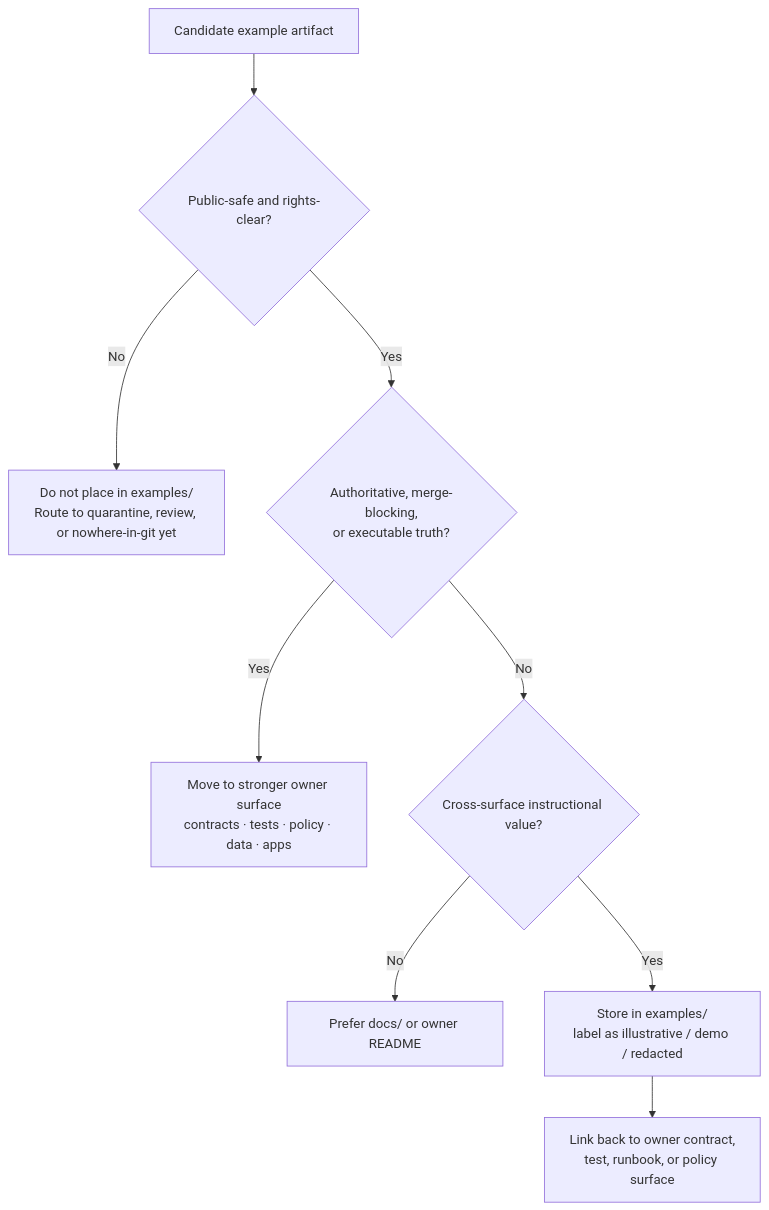
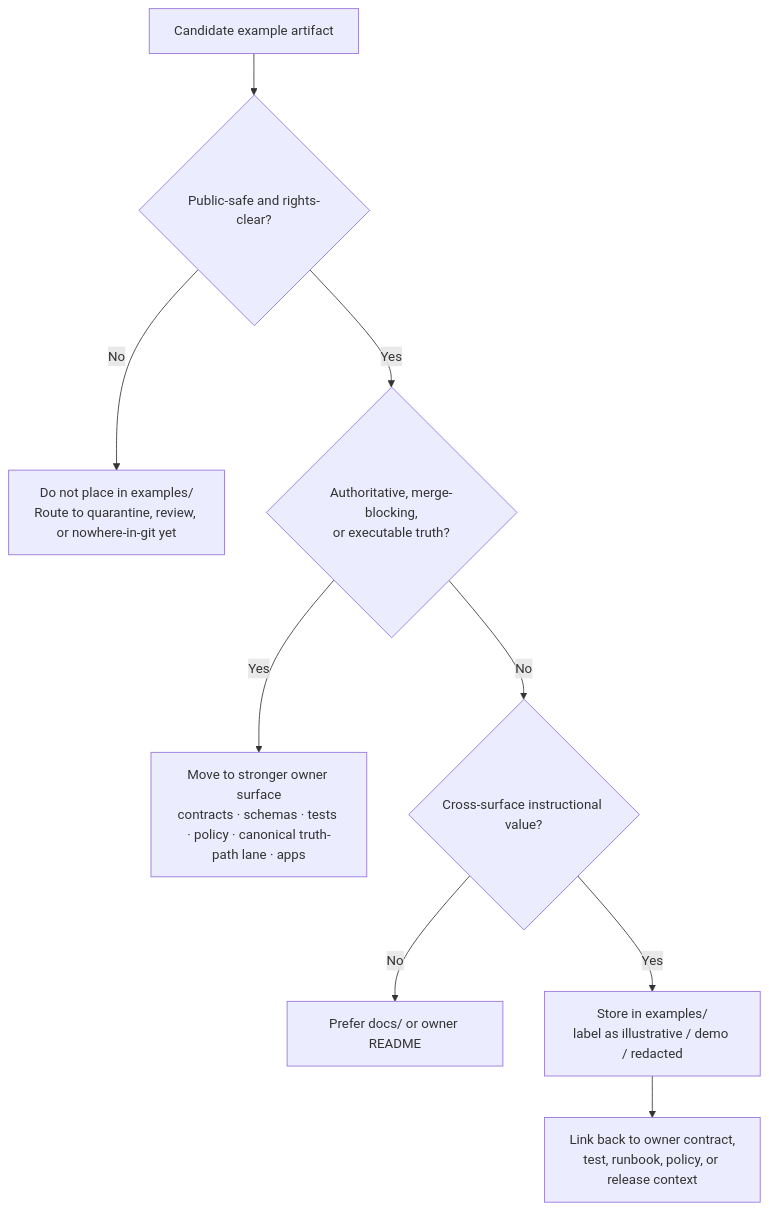
Before and after one commit to bartytime4life/Kansas-Frontier-Matrix: the diagram in examples/README.md, drawn with Mermaid. The commit also changed other lines of this file, not shown here.

````diff
--- a/examples/README.md
+++ b/examples/README.md
@@ -274,11 +297,11 @@
 ```mermaid
 flowchart TD
     A[Candidate example artifact] --> B{Public-safe and rights-clear?}
     B -- No --> X[Do not place in examples/<br/>Route to quarantine, review, or nowhere-in-git yet]
     B -- Yes --> C{Authoritative, merge-blocking,<br/>or executable truth?}
-    C -- Yes --> D[Move to stronger owner surface<br/>contracts · tests · policy · data · apps]
+    C -- Yes --> D[Move to stronger owner surface<br/>contracts · schemas · tests · policy · canonical truth-path lane · apps]
     C -- No --> E{Cross-surface instructional value?}
     E -- No --> F[Prefer docs/ or owner README]
     E -- Yes --> G[Store in examples/<br/>label as illustrative / demo / redacted]
-    G --> H[Link back to owner contract,<br/>test, runbook, or policy surface]
+    G --> H[Link back to owner contract,<br/>test, runbook, policy, or release context]
 ```
````
